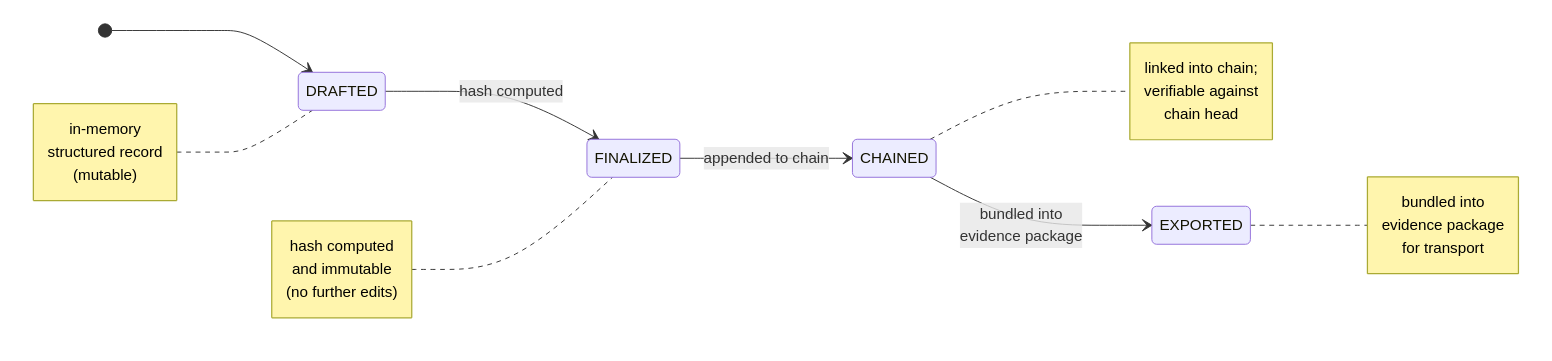
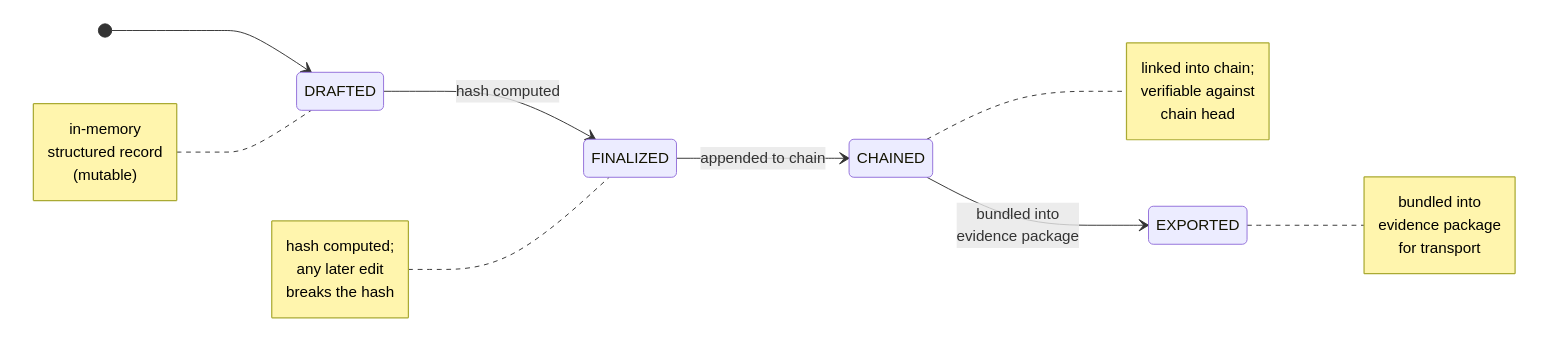
One commit to WitSeal/witseal changed the fourth of 7 diagrams in docs/ARCHITECTURE.md. Above: the diagram before and after it, drawn with Mermaid. The commit also changed other lines of this file and 8 other files, not shown here.

````diff
--- a/docs/ARCHITECTURE.md
+++ b/docs/ARCHITECTURE.md
@@ -242,32 +242,32 @@
 ```mermaid
 stateDiagram-v2
     direction LR
     [*] --> DRAFTED
     DRAFTED --> FINALIZED: hash computed
     FINALIZED --> CHAINED: appended to chain
     CHAINED --> EXPORTED: bundled into<br/>evidence package
 
     note left of DRAFTED
         in-memory
         structured record
         (mutable)
     end note
 
     note left of FINALIZED
-        hash computed
-        and immutable
-        (no further edits)
+        hash computed;
+        any later edit
+        breaks the hash
     end note
 
     note right of CHAINED
         linked into chain;
         verifiable against
         chain head
     end note
 
     note right of EXPORTED
         bundled into
         evidence package
         for transport
     end note
 ```
````
